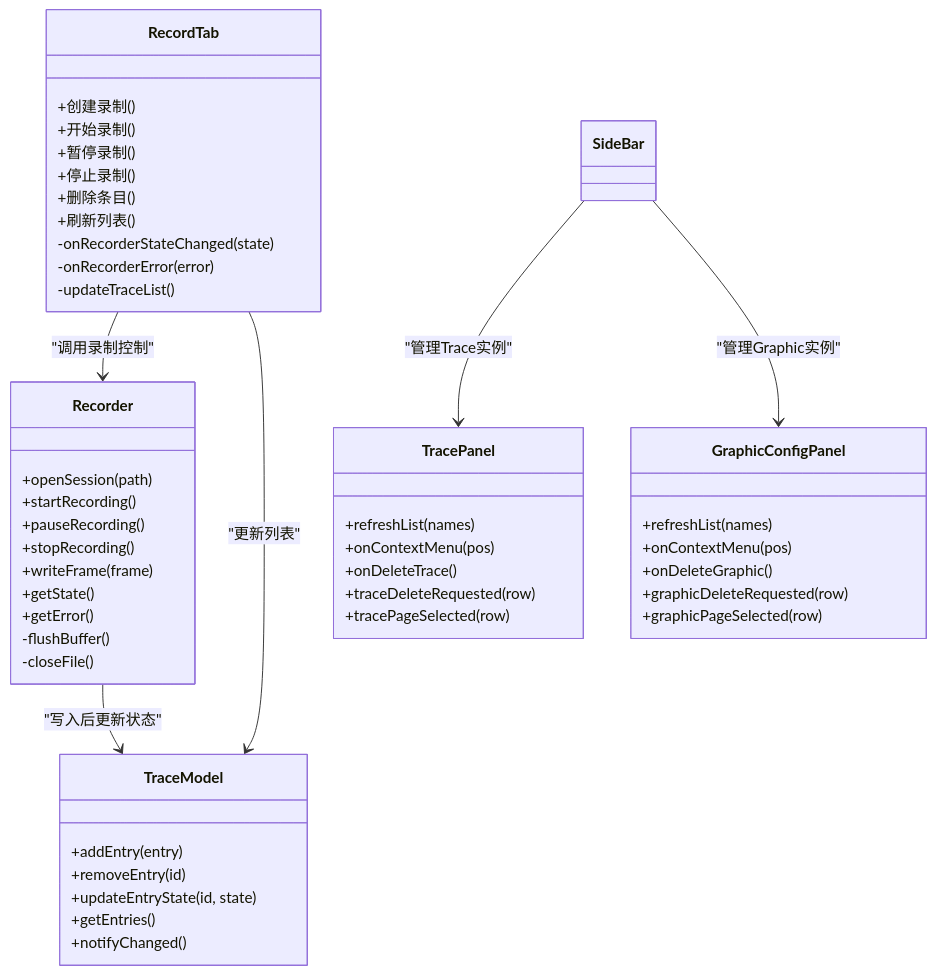
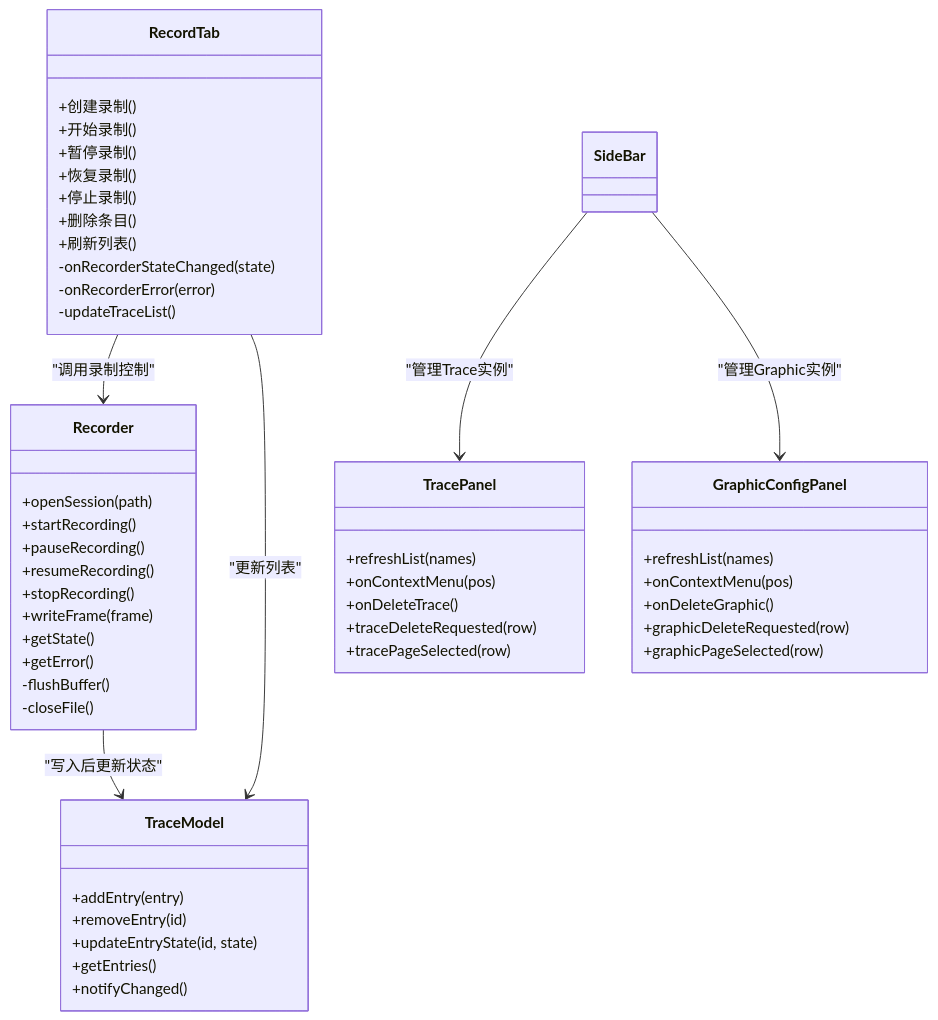
Before and after one commit to jakecai1225-design/OpenBus: the second of 8 diagrams in .qoder/repowiki/zh/content/架构设计/UI系统设计/录制管理Tab组件/录制管理Tab组件.md, drawn with Mermaid. The commit also changed other lines of this file and 38 other files, not shown here.

````diff
--- a/.qoder/repowiki/zh/content/架构设计/UI系统设计/录制管理Tab组件/录制管理Tab组件.md
+++ b/.qoder/repowiki/zh/content/架构设计/UI系统设计/录制管理Tab组件/录制管理Tab组件.md
@@ -128,51 +128,53 @@
 ```mermaid
 classDiagram
 class RecordTab {
 +创建录制()
 +开始录制()
 +暂停录制()
++恢复录制()
 +停止录制()
 +删除条目()
 +刷新列表()
 -onRecorderStateChanged(state)
 -onRecorderError(error)
 -updateTraceList()
 }
 class Recorder {
 +openSession(path)
 +startRecording()
 +pauseRecording()
++resumeRecording()
 +stopRecording()
 +writeFrame(frame)
 +getState()
 +getError()
 -flushBuffer()
 -closeFile()
 }
 class TraceModel {
 +addEntry(entry)
 +removeEntry(id)
 +updateEntryState(id, state)
 +getEntries()
 +notifyChanged()
 }
 class TracePanel {
 +refreshList(names)
 +onContextMenu(pos)
 +onDeleteTrace()
 +traceDeleteRequested(row)
 +tracePageSelected(row)
 }
 class GraphicConfigPanel {
 +refreshList(names)
 +onContextMenu(pos)
 +onDeleteGraphic()
 +graphicDeleteRequested(row)
 +graphicPageSelected(row)
 }
 RecordTab --> Recorder : "调用录制控制"
 RecordTab --> TraceModel : "更新列表"
 Recorder --> TraceModel : "写入后更新状态"
 SideBar --> TracePanel : "管理Trace实例"
 SideBar --> GraphicConfigPanel : "管理Graphic实例"
 ```
````
